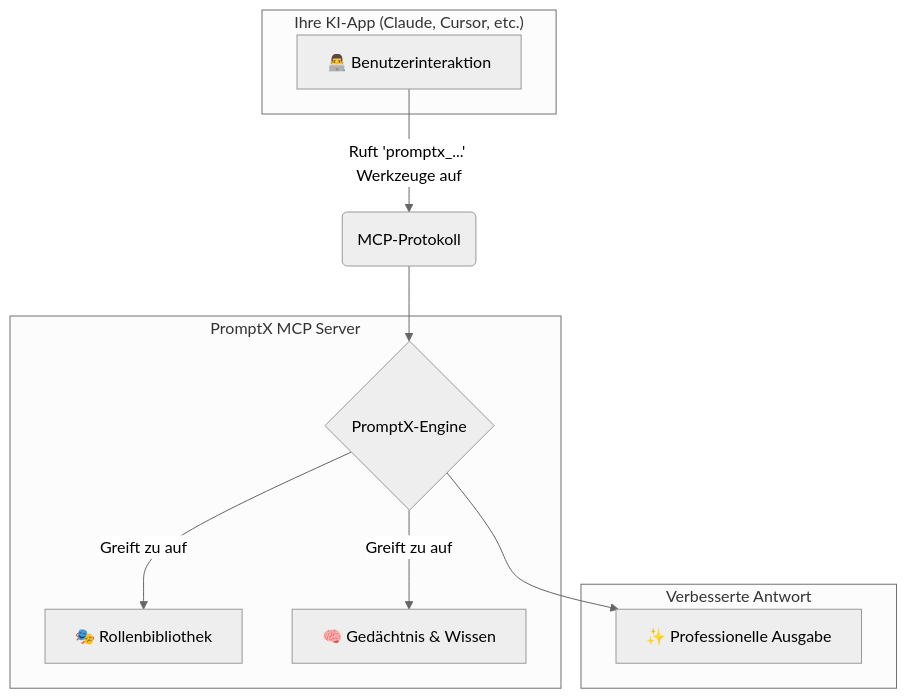
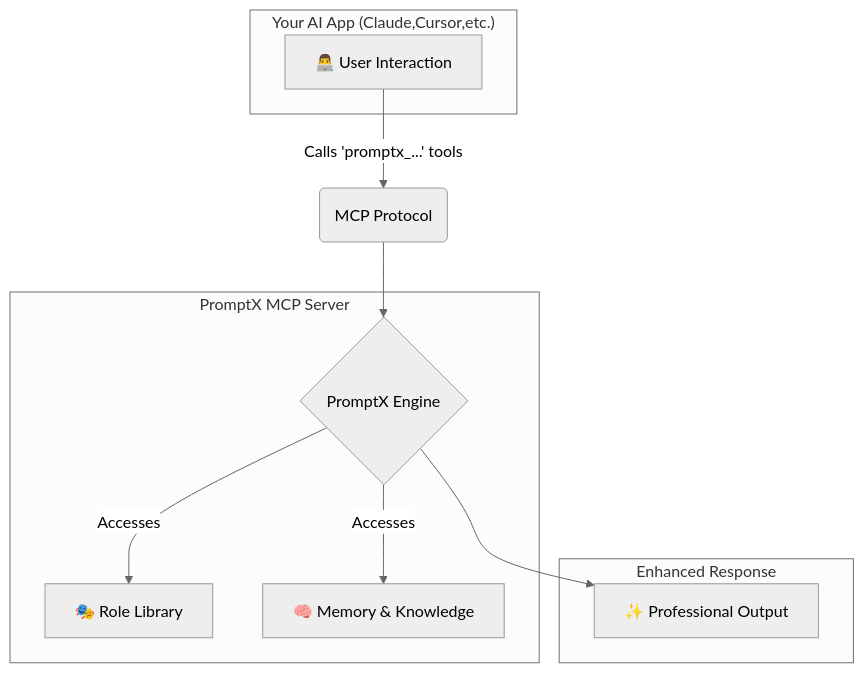
One commit to netzkontrast/PromptX changed the diagram in README.md. Above: the diagram before and after it, drawn with Mermaid (neutral theme). The commit also changed other lines of this file and 5 other files, not shown here.

````diff
--- a/README.md
+++ b/README.md
@@ -133,22 +133,22 @@
 ```mermaid
 graph TD
-    subgraph "Ihre KI-App (Claude, Cursor, etc.)"
-        A[👨‍💻 Benutzerinteraktion]
+    subgraph "Your AI App (Claude,Cursor,etc.)"
+        A[👨‍💻 User Interaction]
     end
 
     subgraph "PromptX MCP Server"
-        C{PromptX-Engine}
-        D[🎭 Rollenbibliothek]
-        E[🧠 Gedächtnis & Wissen]
+        C{PromptX Engine}
+        D[🎭 Role Library]
+        E[🧠 Memory & Knowledge]
     end
 
-    A -- "Ruft 'promptx_...' Werkzeuge auf" --> B(MCP-Protokoll)
+    A -- "Calls 'promptx_...' tools" --> B(MCP Protocol)
     B --> C
-    C -- "Greift zu auf" --> D
-    C -- "Greift zu auf" --> E
+    C -- "Accesses" --> D
+    C -- "Accesses" --> E
 
-    subgraph "Verbesserte Antwort"
-        F[✨ Professionelle Ausgabe]
+    subgraph "Enhanced Response"
+        F[✨ Professional Output]
     end
     C --> F
 ```
````
